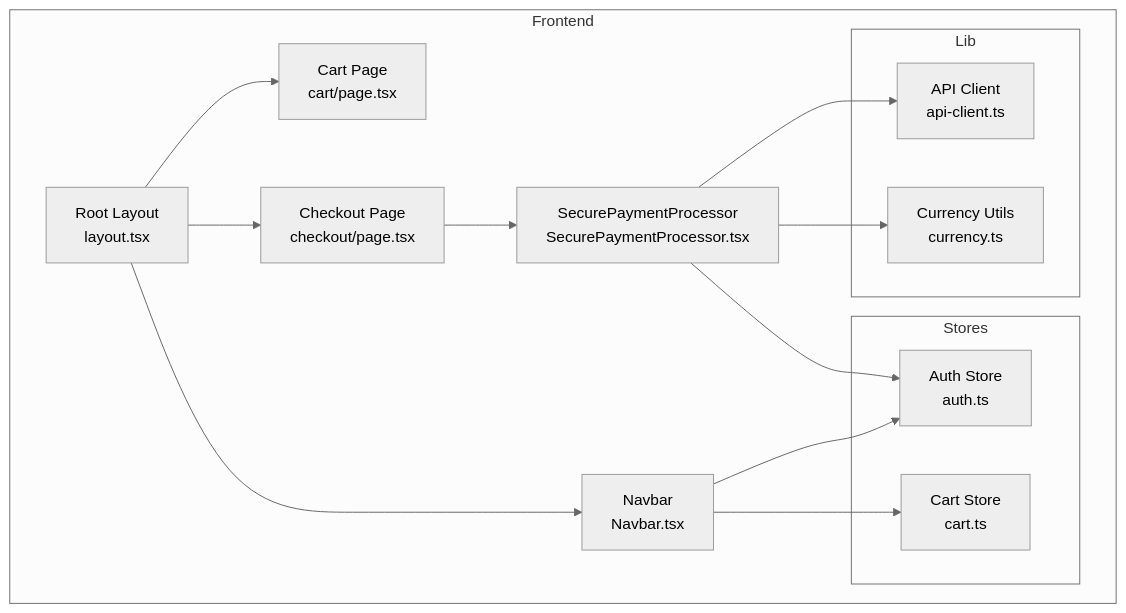
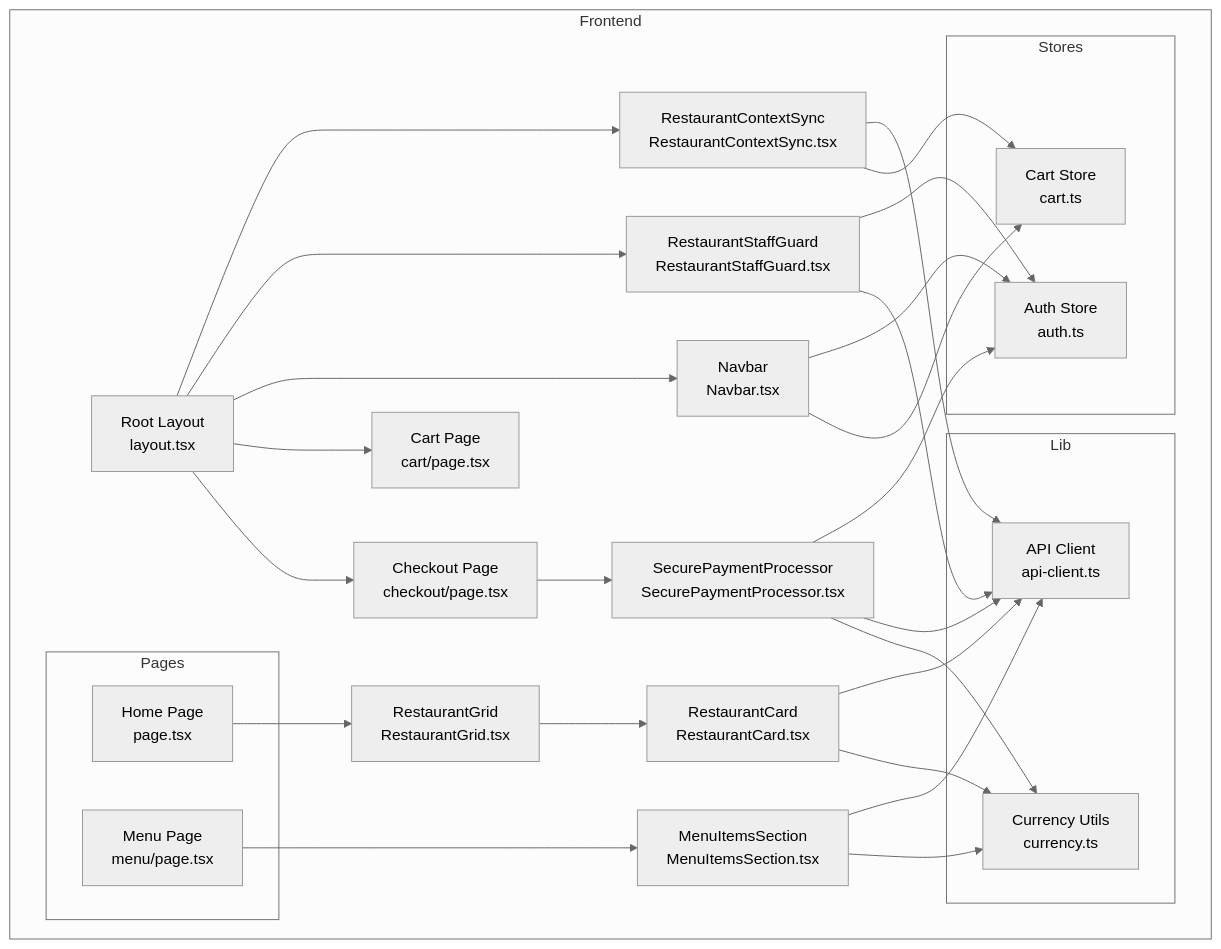
One commit to Dequeue-Tech/DeQ-Bite changed the first of 11 diagrams in .qoder/repowiki/en/content/Frontend System/Component Library.md. Above: the diagram before and after it, drawn with Mermaid (neutral theme). The commit also changed other lines of this file and 25 other files, not shown here.

````diff
--- a/.qoder/repowiki/en/content/Frontend System/Component Library.md
+++ b/.qoder/repowiki/en/content/Frontend System/Component Library.md
@@ -39,27 +58,49 @@
 ```mermaid
 graph TB
 subgraph "Frontend"
 L["Root Layout<br/>layout.tsx"]
 N["Navbar<br/>Navbar.tsx"]
+RCS["RestaurantContextSync<br/>RestaurantContextSync.tsx"]
+RSG["RestaurantStaffGuard<br/>RestaurantStaffGuard.tsx"]
+RC["RestaurantCard<br/>RestaurantCard.tsx"]
+RG["RestaurantGrid<br/>RestaurantGrid.tsx"]
+MIS["MenuItemsSection<br/>MenuItemsSection.tsx"]
 C["Cart Page<br/>cart/page.tsx"]
 CO["Checkout Page<br/>checkout/page.tsx"]
 SPP["SecurePaymentProcessor<br/>SecurePaymentProcessor.tsx"]
+subgraph "Pages"
+HP["Home Page<br/>page.tsx"]
+MP["Menu Page<br/>menu/page.tsx"]
+end
 subgraph "Stores"
 A["Auth Store<br/>auth.ts"]
 CS["Cart Store<br/>cart.ts"]
 end
 subgraph "Lib"
 AC["API Client<br/>api-client.ts"]
 CUR["Currency Utils<br/>currency.ts"]
 end
 end
+L --> RCS
+L --> RSG
 L --> N
+HP --> RG
+RG --> RC
+MP --> MIS
 L --> C
 L --> CO
 CO --> SPP
 N --> A
 N --> CS
 SPP --> A
 SPP --> AC
 SPP --> CUR
+RCS --> AC
+RCS --> CS
+RSG --> A
+RSG --> AC
+RC --> AC
+RC --> CUR
+MIS --> AC
+MIS --> CUR
 ```
````
